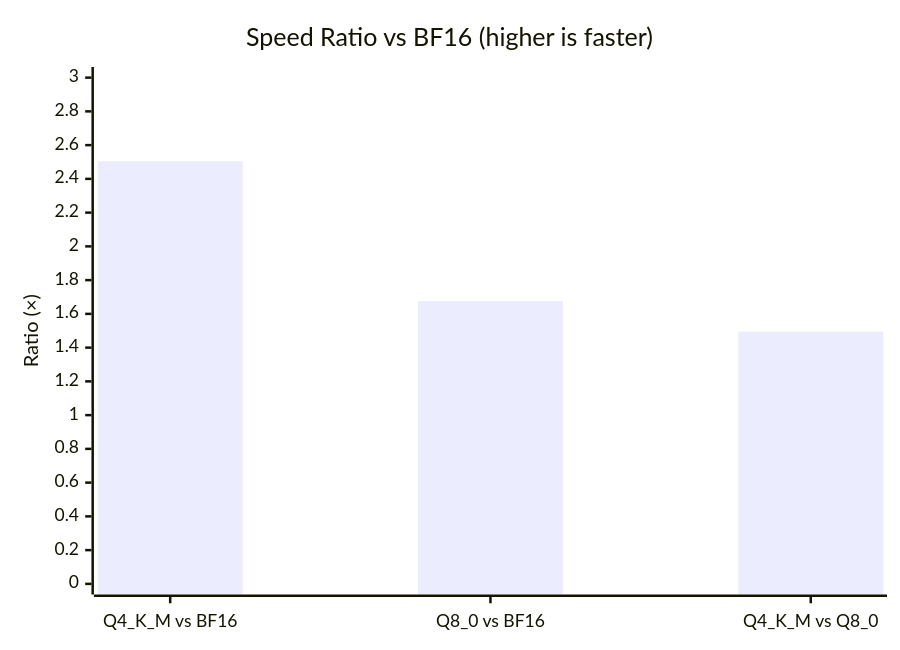
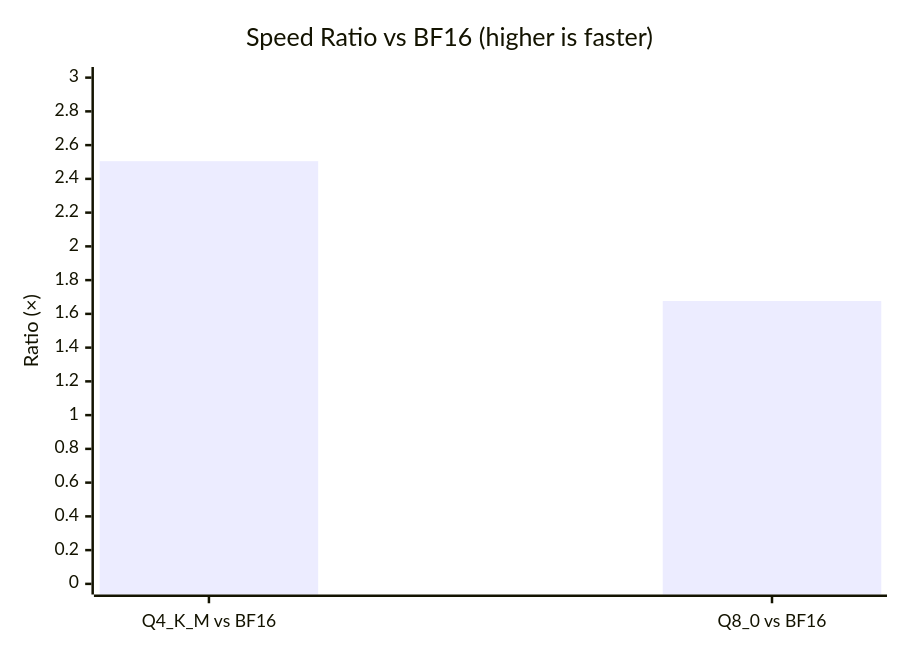
Before and after one commit to nolan1983ai-prog/my-ai-johnny: the second of 5 diagrams in notes/note-006.md, drawn with Mermaid.

Commit message:
fix: note-006 — remove Q4_K_M vs Q8_0 from speed ratio chart

````diff
--- a/notes/note-006.md
+++ b/notes/note-006.md
@@ -42,7 +42,7 @@
 ```mermaid
 xychart-beta
     title "Speed Ratio vs BF16 (higher is faster)"
-    x-axis ["Q4_K_M vs BF16", "Q8_0 vs BF16", "Q4_K_M vs Q8_0"]
+    x-axis ["Q4_K_M vs BF16", "Q8_0 vs BF16"]
     y-axis "Ratio (×)" 0 --> 3
-    bar [2.505, 1.676, 1.495]
+    bar [2.505, 1.676]
 ```
````
